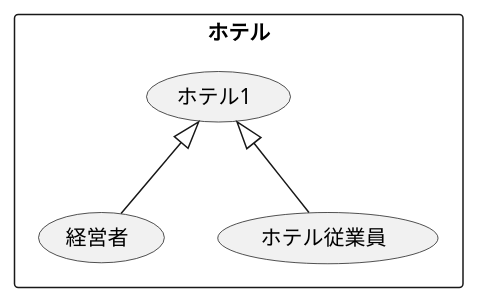
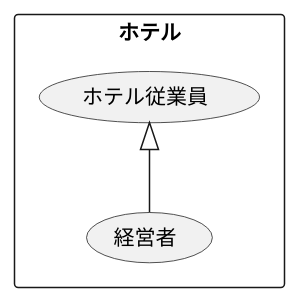
Before and after one commit to krij9319/uml-introduction: the diagram in 演習2-2_ホテル従業員.pu, drawn with PlantUML.

Commit message:
演習2-2の修正

```diff
--- a/演習2-2_ホテル従業員.pu
+++ b/演習2-2_ホテル従業員.pu
@@ -1,9 +1,7 @@
 @startuml 演習2-2
     rectangle ホテル{
-    usecase ホテル1
     usecase 経営者
     usecase ホテル従業員
     }
-    ホテル1<|-- 経営者
-    ホテル1<|-- ホテル従業員
+    ホテル従業員<|-- 経営者
 @enduml
```
